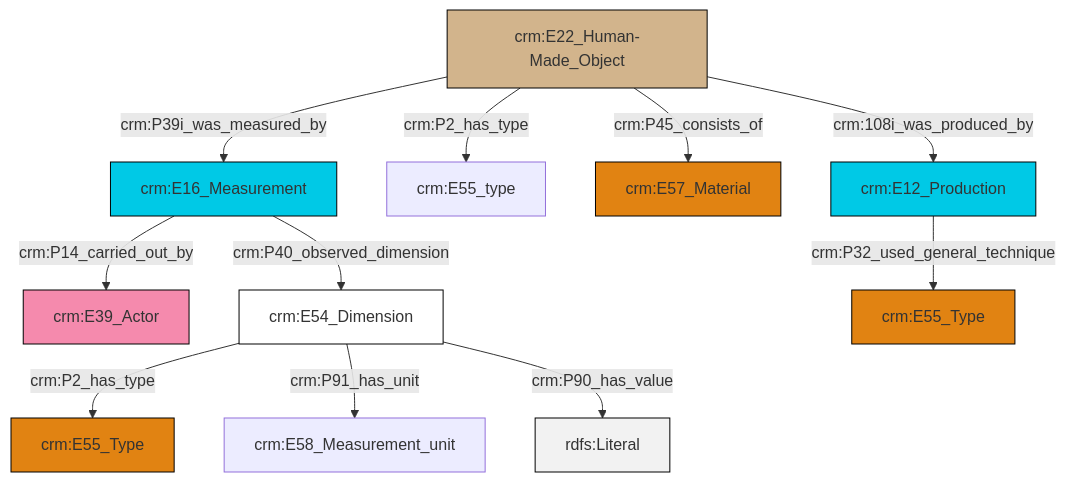
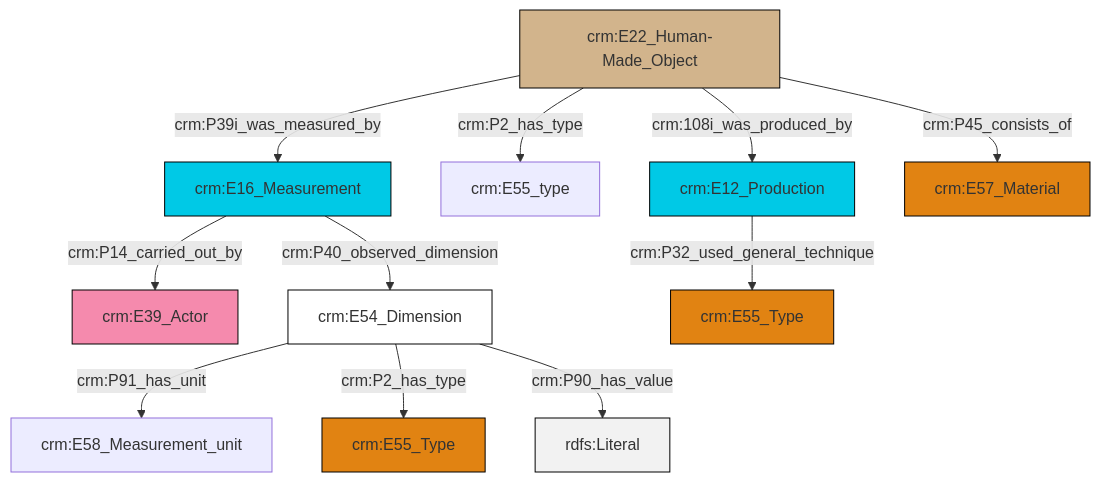
Before and after one commit to swiss-art-research-net/reference-data-models: the diagram in et/artworkCSV/ttl/mmd/Artwork_substance.ttl.mmd, drawn with Mermaid. The commit also changed 125 other files, not shown here.

```diff
--- a/et/artworkCSV/ttl/mmd/Artwork_substance.ttl.mmd
+++ b/et/artworkCSV/ttl/mmd/Artwork_substance.ttl.mmd
@@ -1,25 +1,25 @@
 graph TD
 classDef Literal fill:#f2f2f2,stroke:#000000;
 classDef CRM_Entity fill:#FFFFFF,stroke:#000000;
 classDef Temporal_Entity fill:#00C9E6, stroke:#000000;
 classDef Type fill:#E18312, stroke:#000000;
 classDef Time-Span fill:#2C9C91, stroke:#000000;
 classDef Appellation fill:#FFEB7F, stroke:#000000;
 classDef Place fill:#008836, stroke:#000000;
 classDef Persistent_Item fill:#B266B2, stroke:#000000;
 classDef Conceptual_Object fill:#FFD700, stroke:#000000;
 classDef Physical_Thing fill:#D2B48C, stroke:#000000;
 classDef Actor fill:#f58aad, stroke:#000000;
 classDef PC_Classes fill:#4ce600, stroke:#000000;
 classDef Multi fill:#cccccc,stroke:#000000;
 
-0["crm:E22_Human-Made_Object"]:::Physical_Thing -->|crm:P39i_was_measured_by| 1["crm:E16_Measurement"]:::Temporal_Entity
-0["crm:E22_Human-Made_Object"]:::Physical_Thing -->|crm:P2_has_type| 2["crm:E55_type"]:::Default
-0["crm:E22_Human-Made_Object"]:::Physical_Thing -->|crm:P45_consists_of| 9["crm:E57_Material"]:::Type
-5["crm:E54_Dimension"]:::CRM_Entity -->|crm:P2_has_type| 7["crm:E55_Type"]:::Type
-1["crm:E16_Measurement"]:::Temporal_Entity -->|crm:P14_carried_out_by| 3["crm:E39_Actor"]:::Actor
-5["crm:E54_Dimension"]:::CRM_Entity -->|crm:P91_has_unit| 15["crm:E58_Measurement_unit"]:::Default
-1["crm:E16_Measurement"]:::Temporal_Entity -->|crm:P40_observed_dimension| 5["crm:E54_Dimension"]:::CRM_Entity
-0["crm:E22_Human-Made_Object"]:::Physical_Thing -->|crm:108i_was_produced_by| 10["crm:E12_Production"]:::Temporal_Entity
-5["crm:E54_Dimension"]:::CRM_Entity -->|crm:P90_has_value| 20[rdfs:Literal]:::Literal
-10["crm:E12_Production"]:::Temporal_Entity -->|crm:P32_used_general_technique| 17["crm:E55_Type"]:::Type
+0["crm:E54_Dimension"]:::CRM_Entity -->|crm:P91_has_unit| 1["crm:E58_Measurement_unit"]:::Default
+2["crm:E22_Human-Made_Object"]:::Physical_Thing -->|crm:P39i_was_measured_by| 3["crm:E16_Measurement"]:::Temporal_Entity
+0["crm:E54_Dimension"]:::CRM_Entity -->|crm:P2_has_type| 4["crm:E55_Type"]:::Type
+10["crm:E12_Production"]:::Temporal_Entity -->|crm:P32_used_general_technique| 6["crm:E55_Type"]:::Type
+2["crm:E22_Human-Made_Object"]:::Physical_Thing -->|crm:P2_has_type| 13["crm:E55_type"]:::Default
+0["crm:E54_Dimension"]:::CRM_Entity -->|crm:P90_has_value| 14[rdfs:Literal]:::Literal
+3["crm:E16_Measurement"]:::Temporal_Entity -->|crm:P14_carried_out_by| 15["crm:E39_Actor"]:::Actor
+3["crm:E16_Measurement"]:::Temporal_Entity -->|crm:P40_observed_dimension| 0["crm:E54_Dimension"]:::CRM_Entity
+2["crm:E22_Human-Made_Object"]:::Physical_Thing -->|crm:108i_was_produced_by| 10["crm:E12_Production"]:::Temporal_Entity
+2["crm:E22_Human-Made_Object"]:::Physical_Thing -->|crm:P45_consists_of| 8["crm:E57_Material"]:::Type
```
